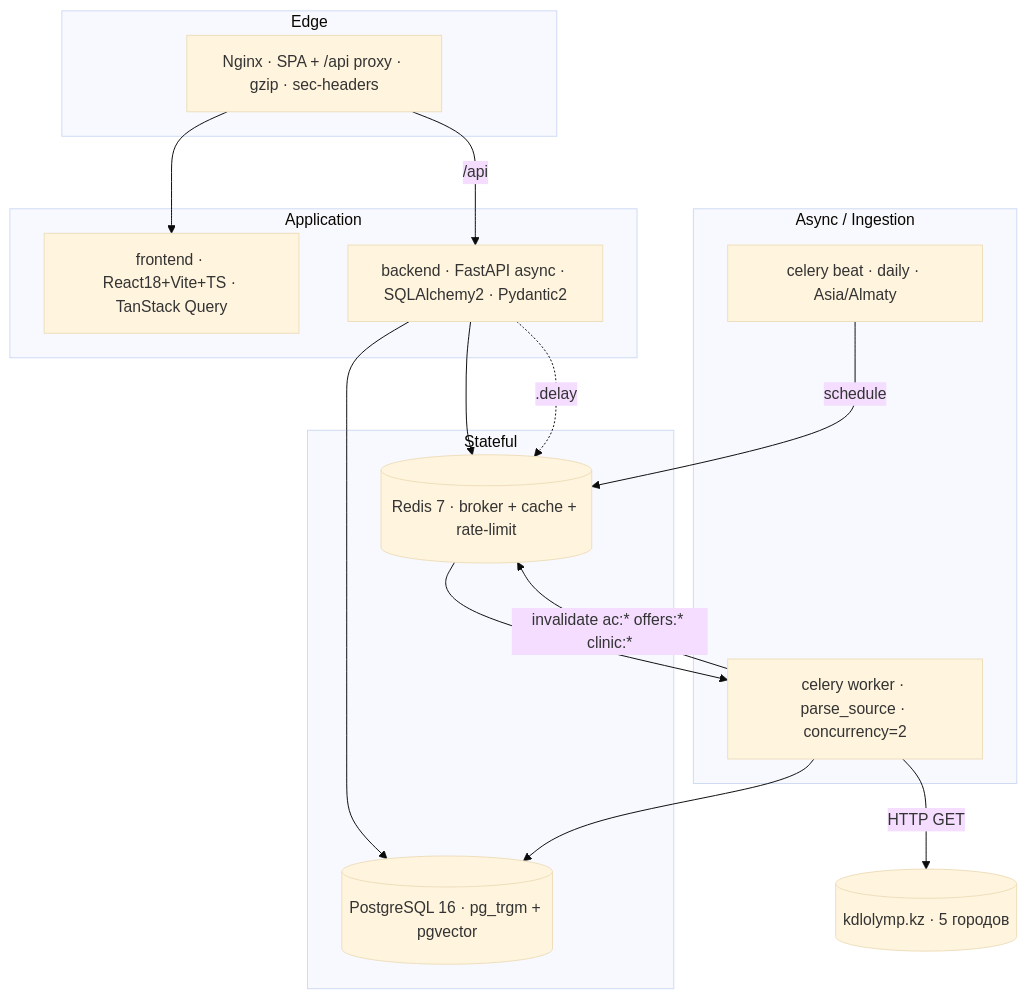
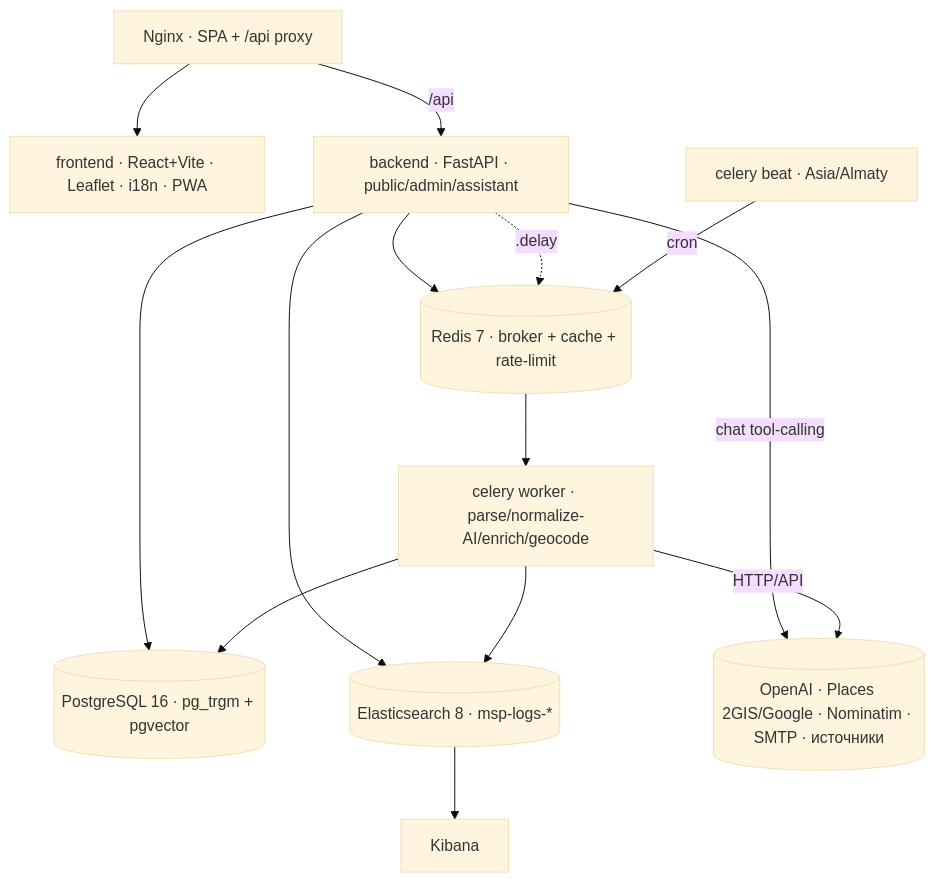
One commit to Nuridin28/MedTech changed the first of 2 diagrams in medserviceprice/ARCHITECTURE.md. Above: the diagram before and after it, drawn with Mermaid (base theme). The commit also changed other lines of this file and 8 other files, not shown here.

````diff
--- a/medserviceprice/ARCHITECTURE.md
+++ b/medserviceprice/ARCHITECTURE.md
@@ -10,28 +13,22 @@
 ```mermaid
 flowchart TB
-    subgraph edge[Edge]
-        NGINX[Nginx · SPA + /api proxy · gzip · sec-headers]
-    end
-    subgraph app[Application]
-        FE[frontend · React18+Vite+TS · TanStack Query]
-        API[backend · FastAPI async · SQLAlchemy2 · Pydantic2]
-    end
-    subgraph workers[Async / Ingestion]
-        WORKER[celery worker · parse_source · concurrency=2]
-        BEAT[celery beat · daily · Asia/Almaty]
-    end
-    subgraph data[Stateful]
-        PG[(PostgreSQL 16 · pg_trgm + pgvector)]
-        REDIS[(Redis 7 · broker + cache + rate-limit)]
-    end
+    NGINX[Nginx · SPA + /api proxy]
+    FE[frontend · React+Vite · Leaflet · i18n · PWA]
+    API[backend · FastAPI · public/admin/assistant]
+    WORKER[celery worker · parse/normalize-AI/enrich/geocode]
+    BEAT[celery beat · Asia/Almaty]
+    PG[(PostgreSQL 16 · pg_trgm + pgvector)]
+    REDIS[(Redis 7 · broker + cache + rate-limit)]
+    ES[(Elasticsearch 8 · msp-logs-*)]
+    KIB[Kibana]
+    EXT[(OpenAI · Places 2GIS/Google · Nominatim · SMTP · источники)]
     NGINX --> FE
     NGINX -->|/api| API
-    API --> PG
-    API --> REDIS
-    API -.->|.delay| REDIS
-    BEAT -->|schedule| REDIS
-    REDIS --> WORKER
-    WORKER --> PG
-    WORKER -->|invalidate ac:* offers:* clinic:*| REDIS
-    WORKER -->|HTTP GET| EXT[(kdlolymp.kz · 5 городов)]
+    API --> PG & REDIS & ES
+    API -->|chat tool-calling| EXT
+    API -.->|.delay| REDIS --> WORKER
+    BEAT -->|cron| REDIS
+    WORKER --> PG & ES
+    WORKER -->|HTTP/API| EXT
+    ES --> KIB
 ```
````
